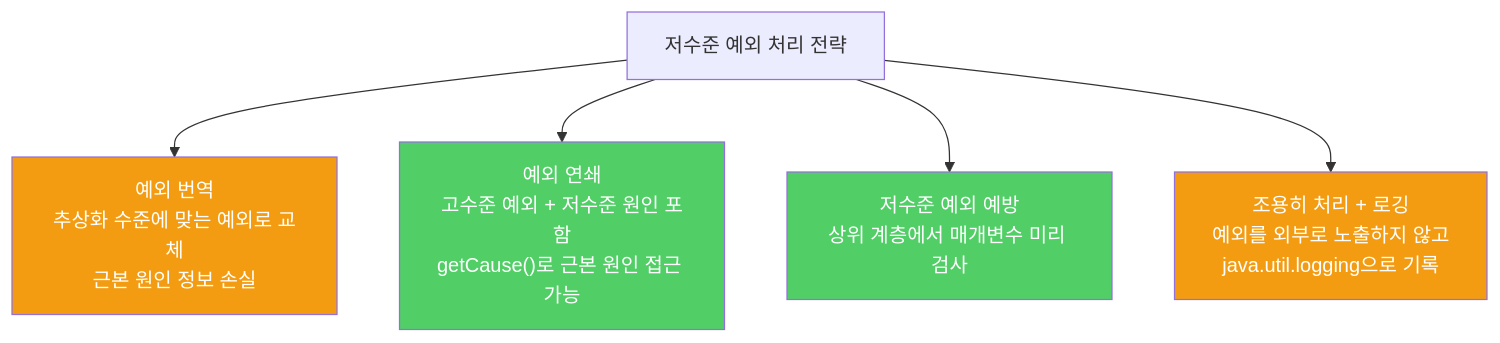
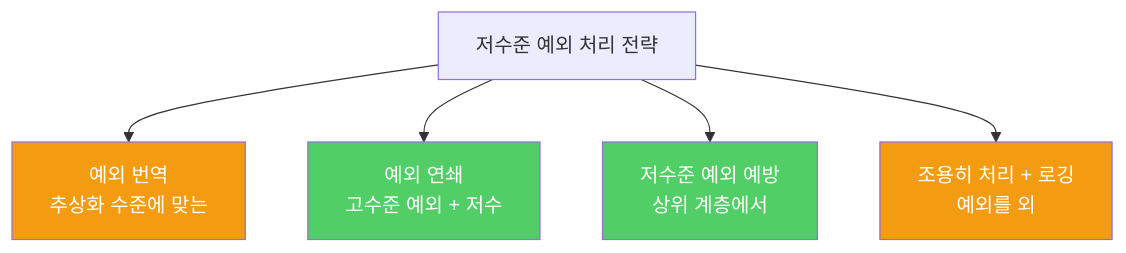
One commit to yjkim2015/yjkim2015.github.io changed the diagram in _posts/java/2022-02-18-effective-java73.md. Above: the diagram before and after it, drawn with Mermaid. The commit also changed 271 other files, not shown here.

First line of the commit message:
Mermaid 라벨 축소: 긴 노드 텍스트 18자 이하로 트림 + \n 제거

````diff
--- a/_posts/java/2022-02-18-effective-java73.md
+++ b/_posts/java/2022-02-18-effective-java73.md
@@ -80,11 +80,11 @@
 ```mermaid
 graph TD
-    A["저수준 예외 처리 전략"] --> B["예외 번역\n추상화 수준에 맞는 예외로 교체\n근본 원인 정보 손실"]
-    A --> C["예외 연쇄\n고수준 예외 + 저수준 원인 포함\ngetCause()로 근본 원인 접근 가능"]
-    A --> D["저수준 예외 예방\n상위 계층에서 매개변수 미리 검사"]
-    A --> E["조용히 처리 + 로깅\n예외를 외부로 노출하지 않고\njava.util.logging으로 기록"]
+    A["저수준 예외 처리 전략"] --> B["예외 번역\n추상화 수준에 맞는"]
+    A --> C["예외 연쇄\n고수준 예외 + 저수"]
+    A --> D["저수준 예외 예방\n상위 계층에서"]
+    A --> E["조용히 처리 + 로깅\n예외를 외"]
     style C fill:#51cf66,color:#fff
     style D fill:#51cf66,color:#fff
     style B fill:#f39c12,color:#fff
     style E fill:#f39c12,color:#fff
 ```
````
